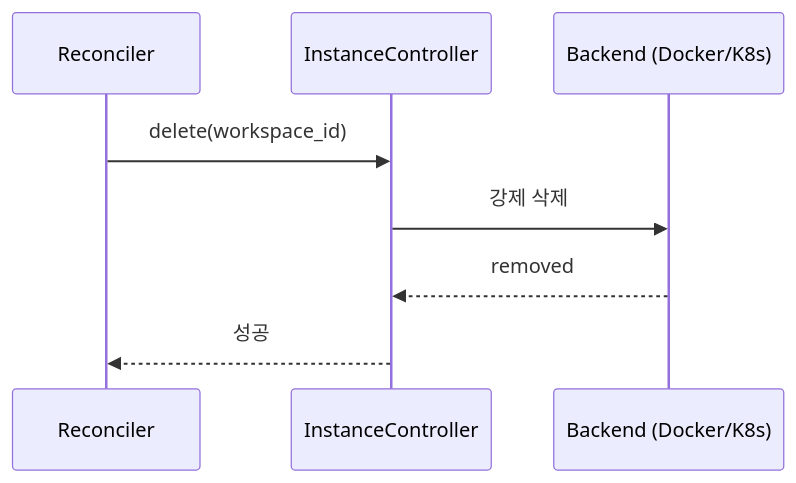
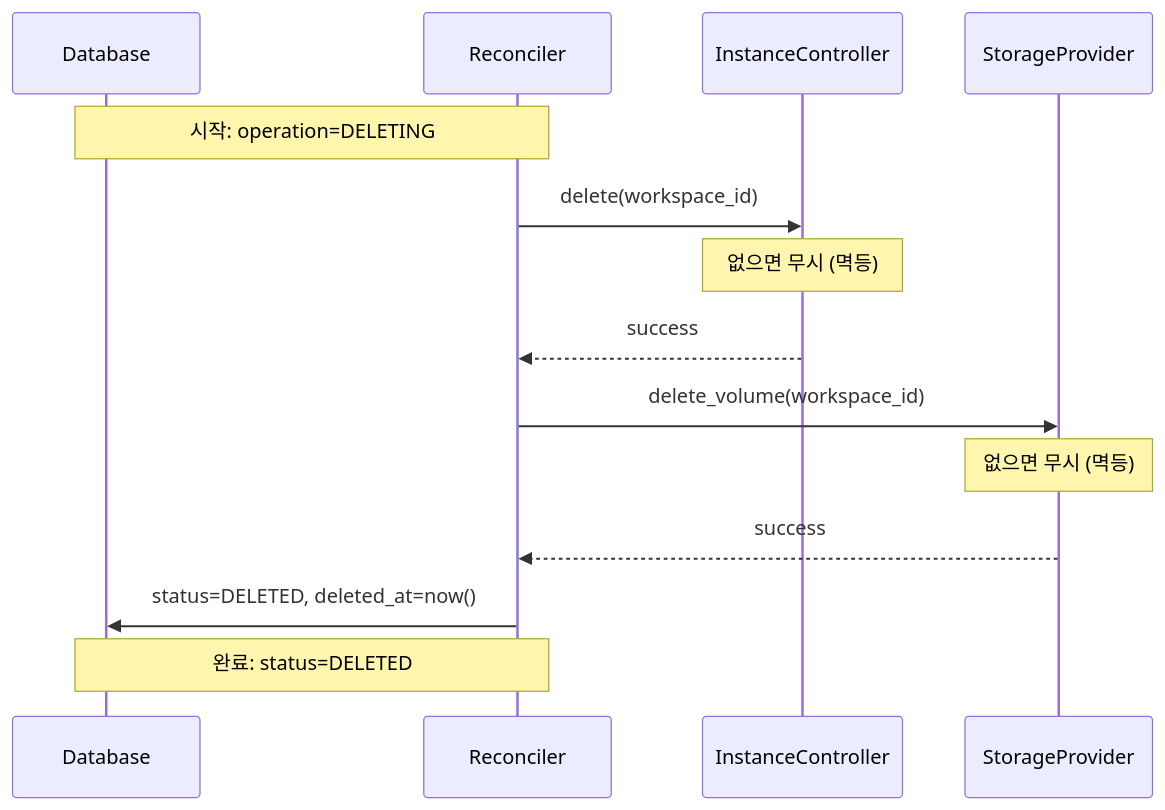
Before and after one commit to cagojeiger/code-hub: the third of 3 diagrams in docs/spec_v2/instance.md, drawn with Mermaid. The commit also changed other lines of this file and 1 other file, not shown here.

First line of the commit message:
docs(spec): enhance instance.md to storage-level quality

````diff
--- a/docs/spec_v2/instance.md
+++ b/docs/spec_v2/instance.md
@@ -169,11 +323,19 @@
 ```mermaid
 sequenceDiagram
+    participant DB as Database
     participant R as Reconciler
     participant I as InstanceController
-    participant B as Backend (Docker/K8s)
+    participant S as StorageProvider
 
+    Note over DB,R: 시작: operation=DELETING
     R->>I: delete(workspace_id)
-    I->>B: 강제 삭제
-    B-->>I: removed
-    I-->>R: 성공
+    Note over I: 없으면 무시 (멱등)
+    I-->>R: success
+
+    R->>S: delete_volume(workspace_id)
+    Note over S: 없으면 무시 (멱등)
+    S-->>R: success
+
+    R->>DB: status=DELETED, deleted_at=now()
+    Note over DB,R: 완료: status=DELETED
 ```
````
